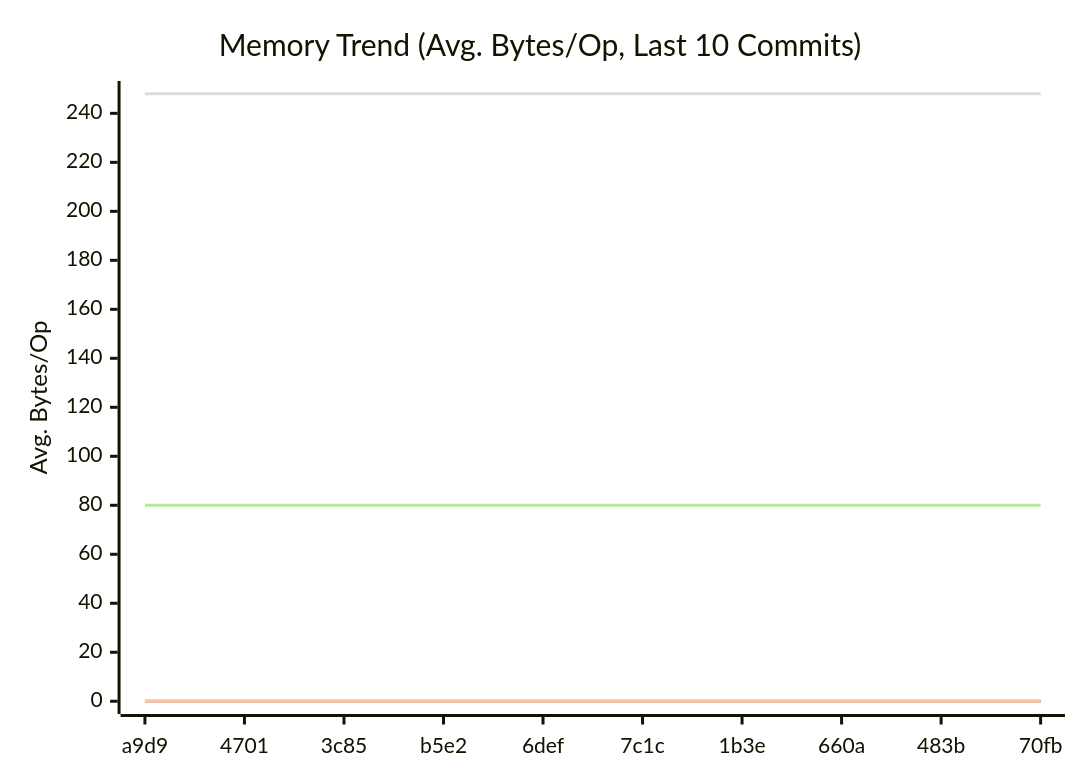
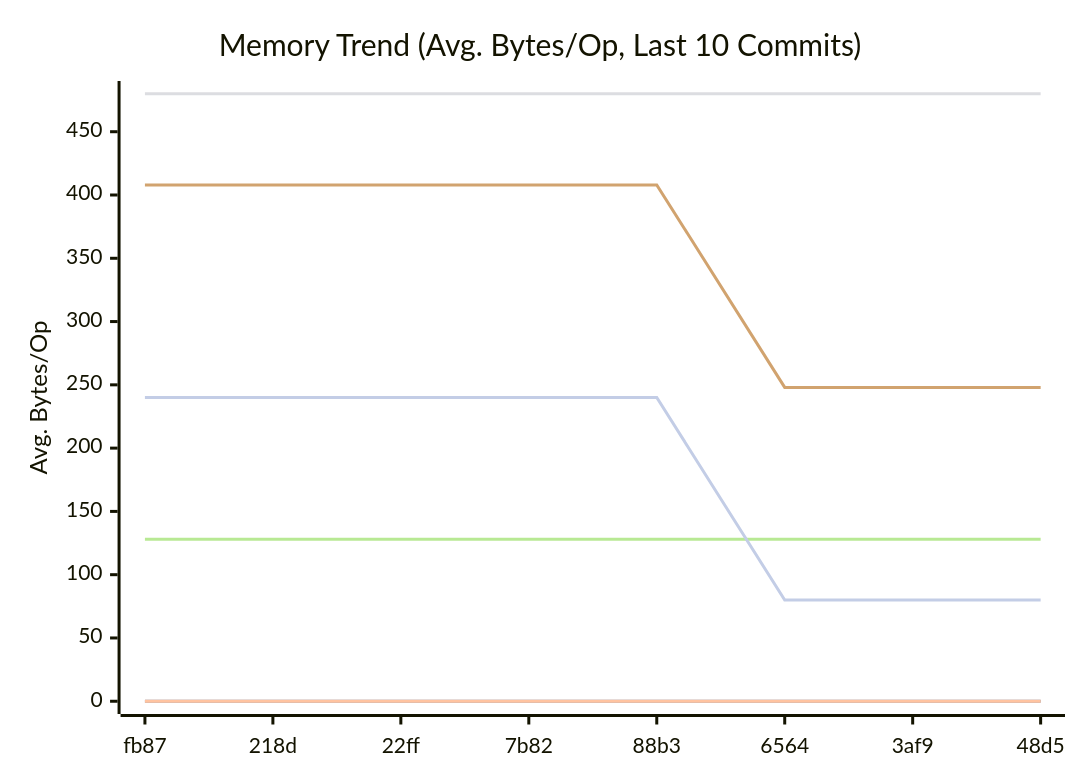
The second of 3 diagrams in doc/README.md (alsotoes/momo), drawn with Mermaid before and after one commit. The commit also changed other lines of this file and 58 other files, not shown here.

````diff
--- a/doc/README.md
+++ b/doc/README.md
@@ -303,12 +311,14 @@
 ```mermaid
 xychart-beta
     title "Memory Trend (Avg. Bytes/Op, Last 10 Commits)"
     x-axis "Commit"
     y-axis "Avg. Bytes/Op"
-    x-axis [a9d9,4701,3c85,b5e2,6def,7c1c,1b3e,660a,483b,70fb]
+    x-axis [fb87,218d,22ff,7b82,88b3,6564,3af9,48d5]
     line "CheckMetricsAndSwap" [0,0,0,0,0,0,0,0,0,0]
     line "IndexDirectTracking" [0,0,0,0,0,0,0,0,0,0]
     line "IndexSearch" [0,0,0,0,0,0,0,0,0,0]
-    line "ParseReplicationOrder_NoPrealloc" [248,248,248,248,248,248,248,248,248,248]
-    line "ParseReplicationOrder_Prealloc" [80,80,80,80,80,80,80,80,80,80]
+    line "LoadGlobalConfig" [480,480,480,480,480,480,480,480,480,480]
+    line "PadString" [128,128,128,128,128,128,128,128,128,128]
+    line "ParseReplicationOrder_NoPrealloc" [408,408,408,408,408,248,248,248,248,248]
+    line "ParseReplicationOrder_Prealloc" [240,240,240,240,240,80,80,80,80,80]
 ```
````
